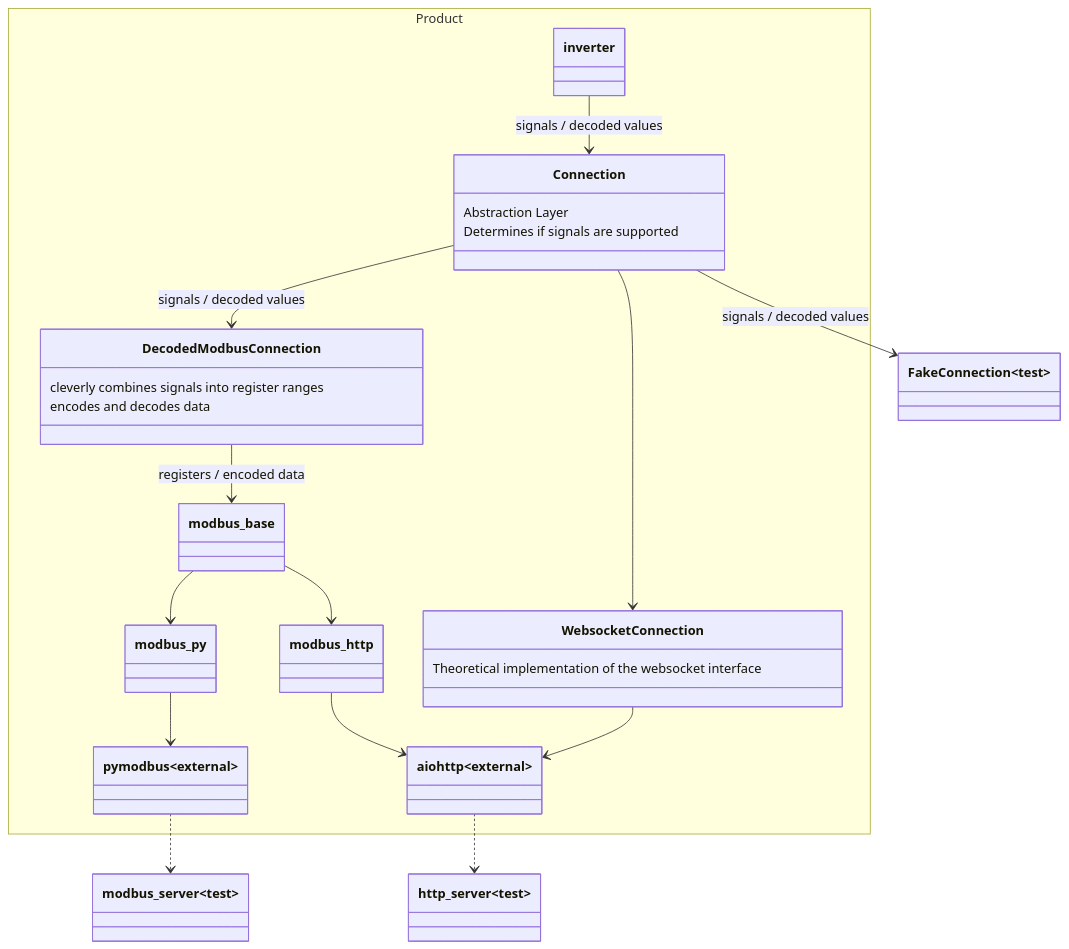
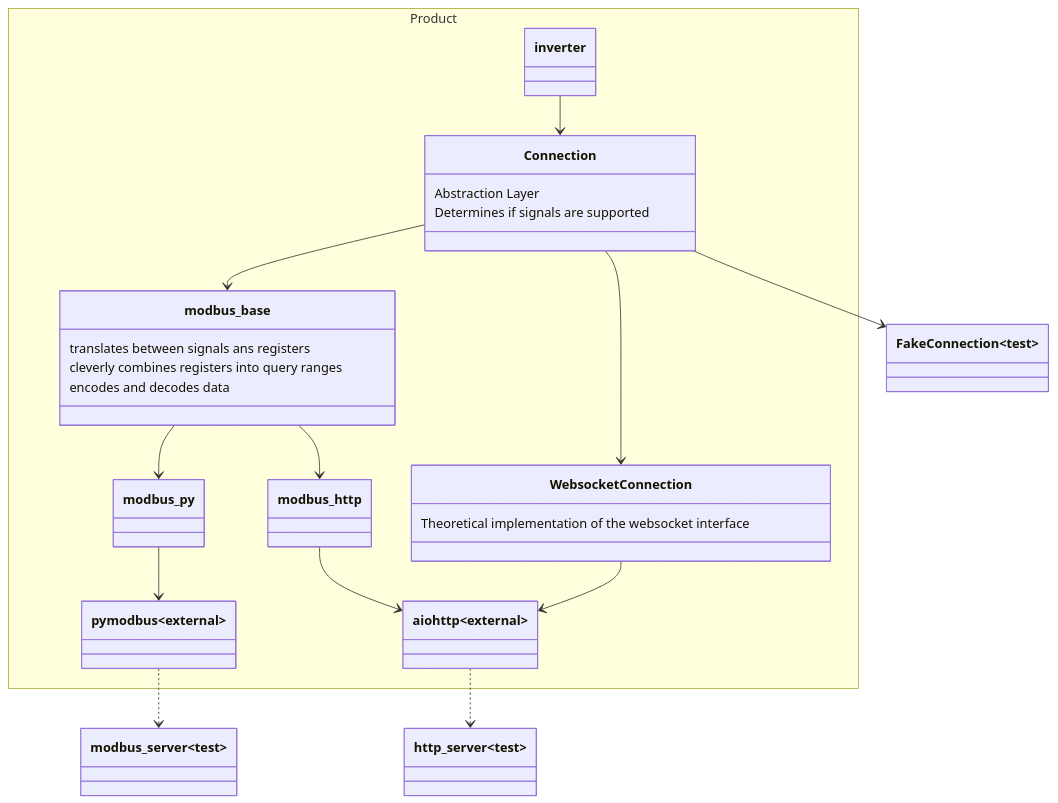
Before and after one commit to AlexanderLanin/homeassistant-sungrow: the diagram in tests/README.md, drawn with Mermaid.

````diff
--- a/tests/README.md
+++ b/tests/README.md
@@ -19,42 +19,40 @@
 ```mermaid
 classDiagram
     namespace Product {
         class inverter
         class Connection {
             Abstraction Layer
             Determines if signals are supported
         }
-        class DecodedModbusConnection {
-            cleverly combines signals into register ranges
+        class modbus_base {
+            translates between signals ans registers
+            cleverly combines registers into query ranges
             encodes and decodes data
         }
         class WebsocketConnection {
             Theoretical implementation of the websocket interface
         }
-        class modbus_base
         class modbus_py
         class modbus_http
         class aiohttp~external~
         class pymodbus~external~
     }
     class FakeConnection~test~
 
-    inverter --> Connection : signals / decoded values
+    inverter --> Connection
 
-    Connection --> DecodedModbusConnection : signals / decoded values
-    Connection --> FakeConnection : signals / decoded values
+    Connection --> modbus_base
+    Connection --> FakeConnection
 
     Connection --> WebsocketConnection
     WebsocketConnection --> aiohttp
-
-    DecodedModbusConnection --> modbus_base : registers / encoded data
 
     modbus_base --> modbus_py
     modbus_base --> modbus_http
 
     modbus_http --> aiohttp
     aiohttp ..> http_server~test~
 
     modbus_py --> pymodbus
     pymodbus ..> modbus_server~test~
 ```
````
